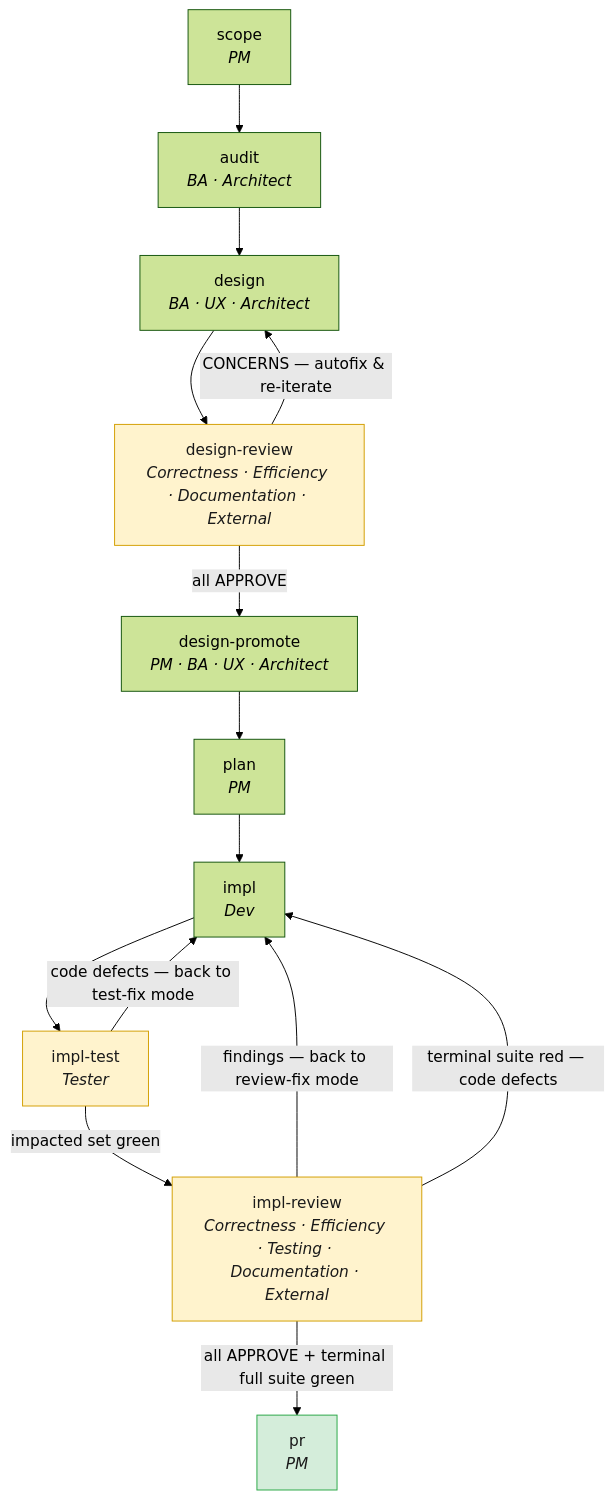
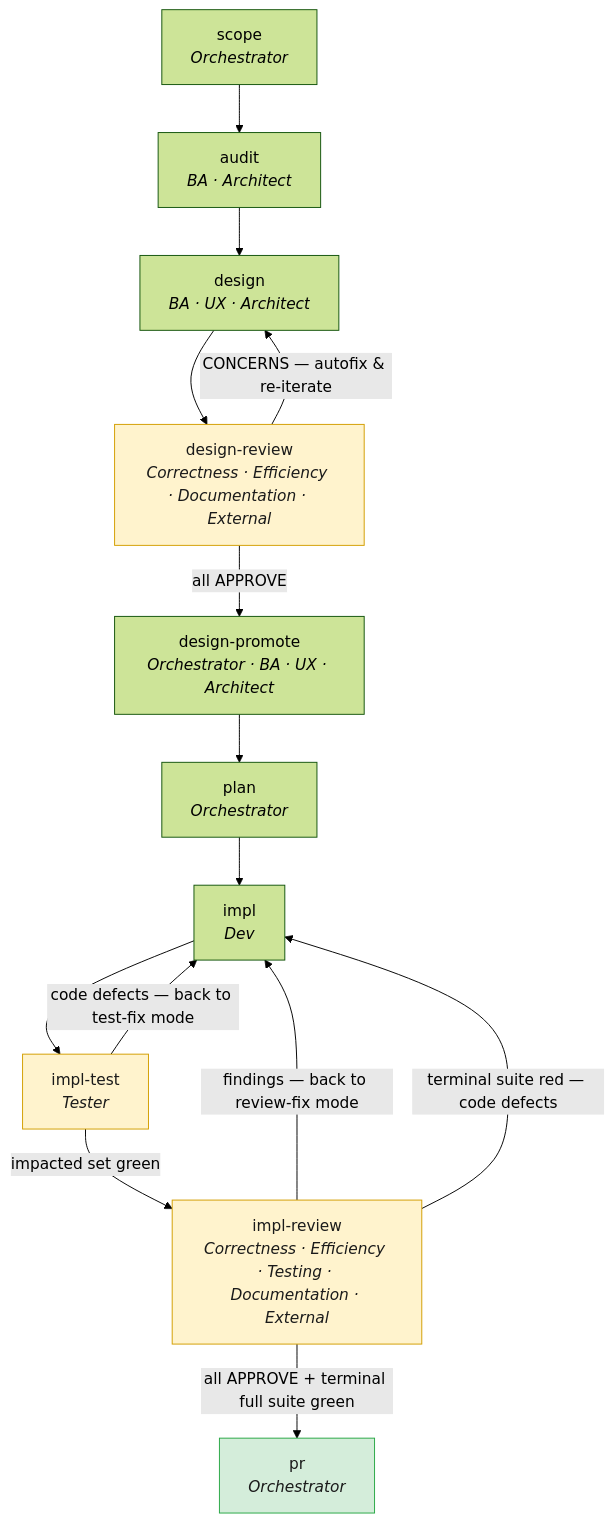
One commit to LordKuper/agentic-software-development changed the diagram in README.md. Above: the diagram before and after it, drawn with Mermaid (forest theme). The commit also changed other lines of this file and 121 other files, not shown here.

````diff
--- a/README.md
+++ b/README.md
@@ -132,21 +132,21 @@
 ```mermaid
 flowchart TD
-    scope["scope<br/><i>PM</i>"] --> audit["audit<br/><i>BA · Architect</i>"]
+    scope["scope<br/><i>Orchestrator</i>"] --> audit["audit<br/><i>BA · Architect</i>"]
     audit --> design["design<br/><i>BA · UX · Architect</i>"]
     design --> dreview["design-review<br/><i>Correctness · Efficiency · Documentation · External</i>"]
     dreview -->|CONCERNS — autofix & re-iterate| design
-    dreview -->|all APPROVE| dpromote["design-promote<br/><i>PM · BA · UX · Architect</i>"]
-    dpromote --> plan["plan<br/><i>PM</i>"]
+    dreview -->|all APPROVE| dpromote["design-promote<br/><i>Orchestrator · BA · UX · Architect</i>"]
+    dpromote --> plan["plan<br/><i>Orchestrator</i>"]
     plan --> impl["impl<br/><i>Dev</i>"]
     impl --> itest["impl-test<br/><i>Tester</i>"]
     itest -->|code defects — back to test-fix mode| impl
     itest -->|impacted set green| ireview["impl-review<br/><i>Correctness · Efficiency · Testing · Documentation · External</i>"]
     ireview -->|findings — back to review-fix mode| impl
     ireview -->|terminal suite red — code defects| impl
-    ireview -->|all APPROVE + terminal full suite green| pr["pr<br/><i>PM</i>"]
+    ireview -->|all APPROVE + terminal full suite green| pr["pr<br/><i>Orchestrator</i>"]
 
     classDef review fill:#fff3cd,stroke:#d39e00,color:#1a1a1a;
     classDef done fill:#d4edda,stroke:#28a745,color:#1a1a1a;
     class dreview,ireview,itest review;
     class pr done;
 ```
````
